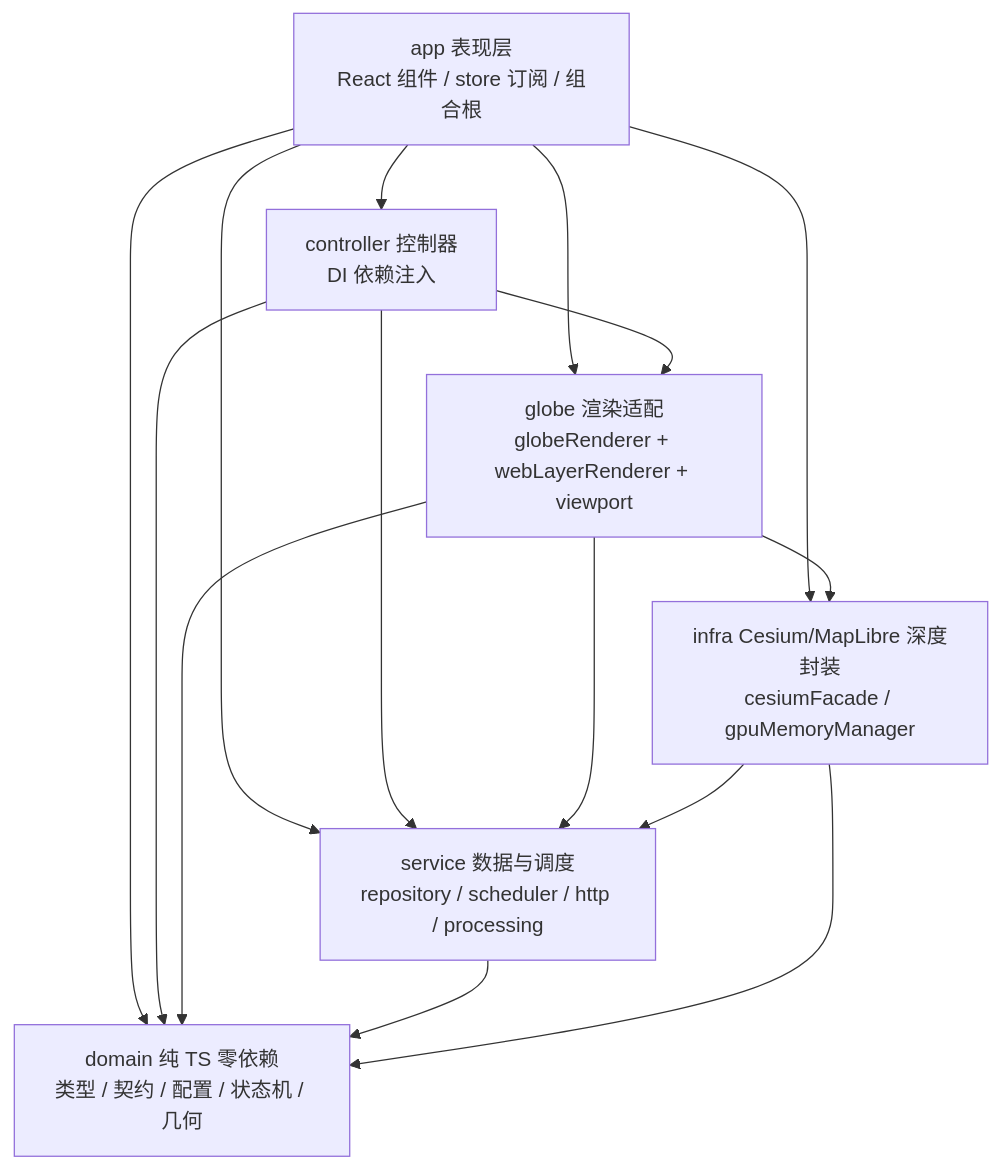
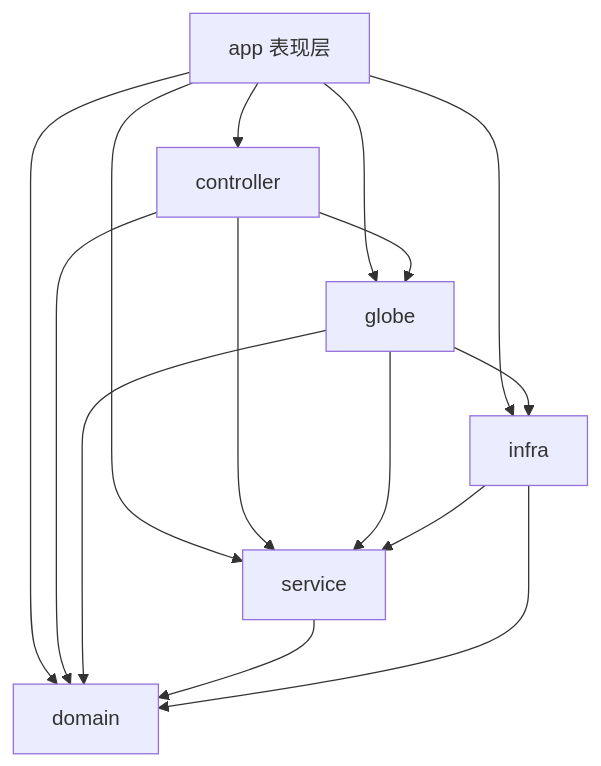
Before and after one commit to gis2all/earth-viewer: the first of 2 diagrams in CLAUDE.md, drawn with Mermaid. The commit also changed other lines of this file, not shown here.

````diff
--- a/CLAUDE.md
+++ b/CLAUDE.md
@@ -124,24 +103,17 @@
 ```mermaid
 flowchart TD
-    App[app 表现层<br/>React 组件 / store 订阅 / 组合根]
-    Ctrl[controller 控制器<br/>DI 依赖注入]
-    Svc[service 数据与调度<br/>repository / scheduler / http / processing]
-    Dom[domain 纯 TS 零依赖<br/>类型 / 契约 / 配置 / 状态机 / 几何]
-    Globe[globe 渲染适配<br/>globeRenderer + webLayerRenderer + viewport]
-    Infra[infra Cesium/MapLibre 深度封装<br/>cesiumFacade / gpuMemoryManager]
-
-    App --> Ctrl
-    App --> Globe
-    App --> Svc
-    App --> Infra
-    App --> Dom
-    Ctrl --> Globe
+    App[app 表现层] --> Ctrl[controller]
+    App --> Svc[service]
+    App --> Infra[infra]
+    App --> Dom[domain]
+    App --> Globe[globe]
+    Ctrl --> Globe[globe]
     Ctrl --> Svc
     Ctrl --> Dom
     Globe --> Infra
     Globe --> Svc
     Globe --> Dom
     Svc --> Dom
     Infra --> Svc
     Infra --> Dom
 ```
````
